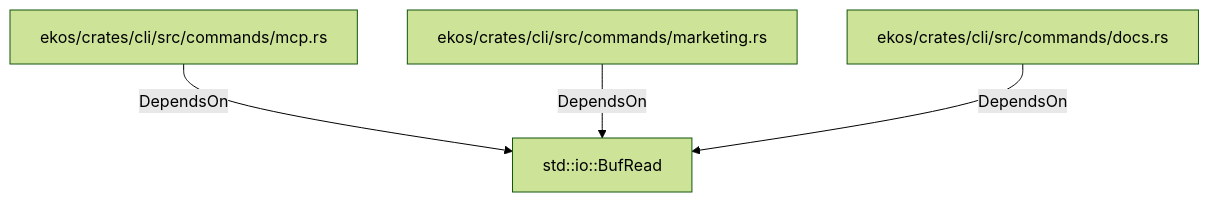
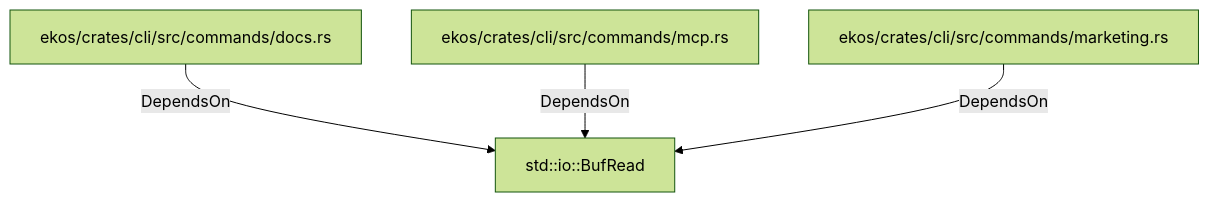
One commit to alexeyban/EKOS changed the diagram in doc/entities/rustmodule/st/std-io-bufread.md. Above: the diagram before and after it, drawn with Mermaid (forest theme). The commit also changed other lines of this file and 552 other files, not shown here.

````diff
--- a/doc/entities/rustmodule/st/std-io-bufread.md
+++ b/doc/entities/rustmodule/st/std-io-bufread.md
@@ -17,10 +17,10 @@
 ```mermaid
 graph TD
     neb3634d0f62e524d8e7b3cf787bc86b6["std::io::BufRead"]
+    n5503d15b112f541f81898be05a060beb["ekos/crates/cli/src/commands/docs.rs"]
+    n5503d15b112f541f81898be05a060beb -->|DependsOn| neb3634d0f62e524d8e7b3cf787bc86b6
     nff76bb7392855295927c5cb33a5bbc25["ekos/crates/cli/src/commands/mcp.rs"]
     nff76bb7392855295927c5cb33a5bbc25 -->|DependsOn| neb3634d0f62e524d8e7b3cf787bc86b6
     ne4550c2d5dcf5779b25dac86e4019342["ekos/crates/cli/src/commands/marketing.rs"]
     ne4550c2d5dcf5779b25dac86e4019342 -->|DependsOn| neb3634d0f62e524d8e7b3cf787bc86b6
-    n5503d15b112f541f81898be05a060beb["ekos/crates/cli/src/commands/docs.rs"]
-    n5503d15b112f541f81898be05a060beb -->|DependsOn| neb3634d0f62e524d8e7b3cf787bc86b6
 ```
````
